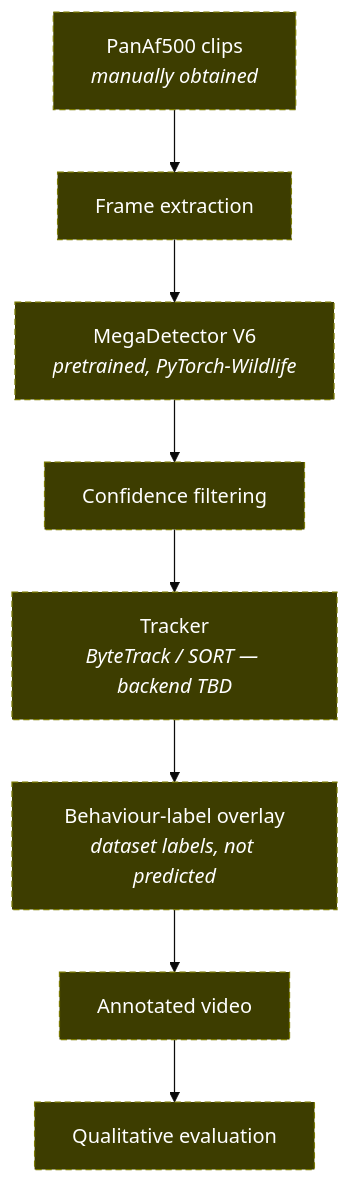
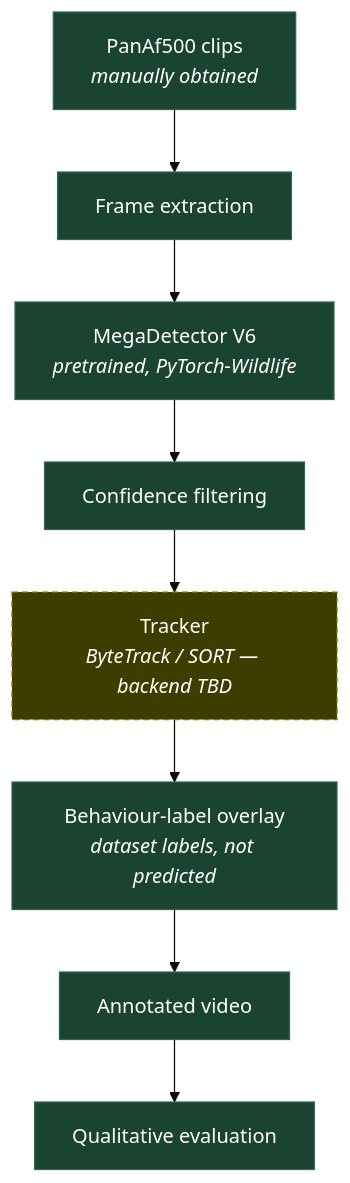
Before and after one commit to adikothuri3/PanAF-Ape-Detection: the diagram in README.md, drawn with Mermaid (base theme). The commit also changed other lines of this file and 29 other files, not shown here.

````diff
--- a/README.md
+++ b/README.md
@@ -64,15 +67,15 @@
 ```mermaid
 flowchart TD
     A["PanAf500 clips<br/><i>manually obtained</i>"] --> B["Frame extraction"]
     B --> C["MegaDetector V6<br/><i>pretrained, PyTorch-Wildlife</i>"]
     C --> D["Confidence filtering"]
     D --> E["Tracker<br/><i>ByteTrack / SORT — backend TBD</i>"]
     E --> F["Behaviour-label overlay<br/><i>dataset labels, not predicted</i>"]
     F --> G["Annotated video"]
     G --> H["Qualitative evaluation"]
 
     classDef done fill:#1b4332,stroke:#2d6a4f,color:#ffffff;
     classDef todo fill:#3d3d00,stroke:#7a7a00,color:#ffffff,stroke-dasharray: 5 3;
-    class A todo;
-    class B,C,D,E,F,G,H todo;
+    class A,B,C,D,F,G,H done;
+    class E todo;
 ```
````
